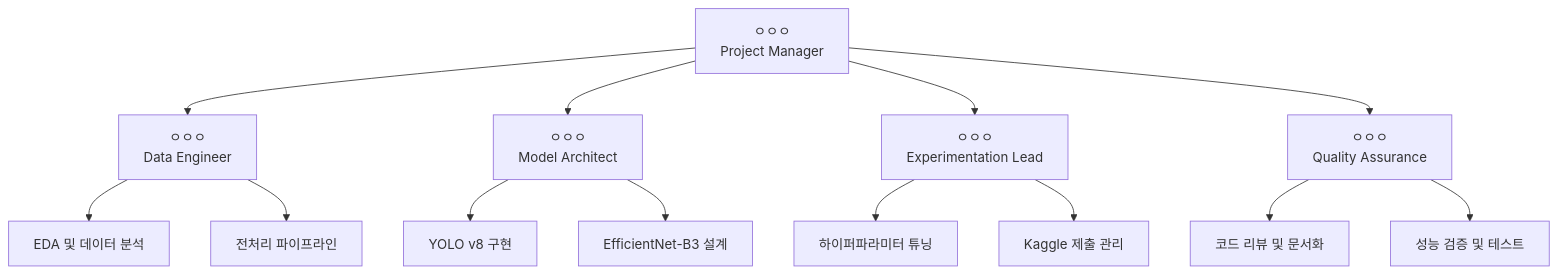
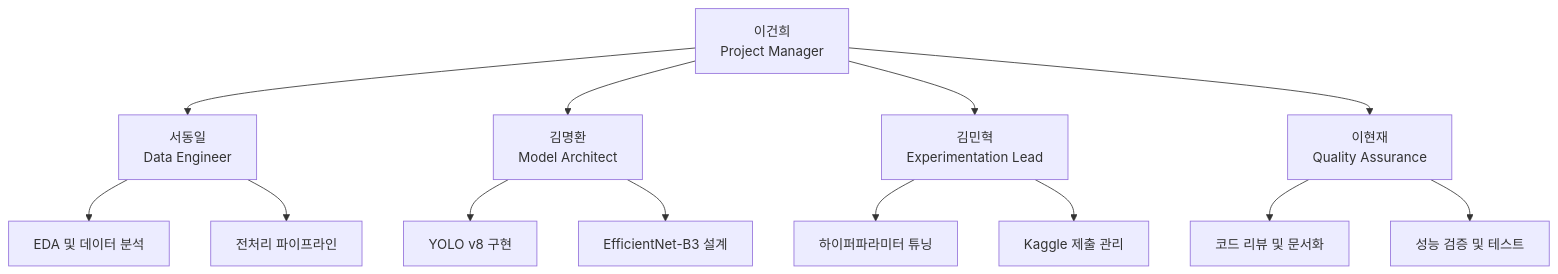
One commit to cmustard7/codeit_ai_health_eat changed the second of 13 diagrams in README.md. Above: the diagram before and after it, drawn with Mermaid. The commit also changed other lines of this file and 1 other file, not shown here.

````diff
--- a/README.md
+++ b/README.md
@@ -39,19 +39,19 @@
 ```mermaid
 graph TD
-    PM["ㅇㅇㅇ<br/>Project Manager"] --> DE["ㅇㅇㅇ<br/>Data Engineer"]
-    PM --> MA["ㅇㅇㅇ<br/>Model Architect"]
-    PM --> EL["ㅇㅇㅇ<br/>Experimentation Lead"]
-    PM --> QA["ㅇㅇㅇ<br/>Quality Assurance"]
+    PM["이건희<br/>Project Manager"] --> DE["서동일<br/>Data Engineer"]
+    PM --> MA["김명환<br/>Model Architect"]
+    PM --> EL["김민혁<br/>Experimentation Lead"]
+    PM --> QA["이현재<br/>Quality Assurance"]
     
     DE --> DE1["EDA 및 데이터 분석"]
     DE --> DE2["전처리 파이프라인"]
     
     MA --> MA1["YOLO v8 구현"]
     MA --> MA2["EfficientNet-B3 설계"]
     
     EL --> EL1["하이퍼파라미터 튜닝"]
     EL --> EL2["Kaggle 제출 관리"]
     
     QA --> QA1["코드 리뷰 및 문서화"]
     QA --> QA2["성능 검증 및 테스트"]
 ```
````
